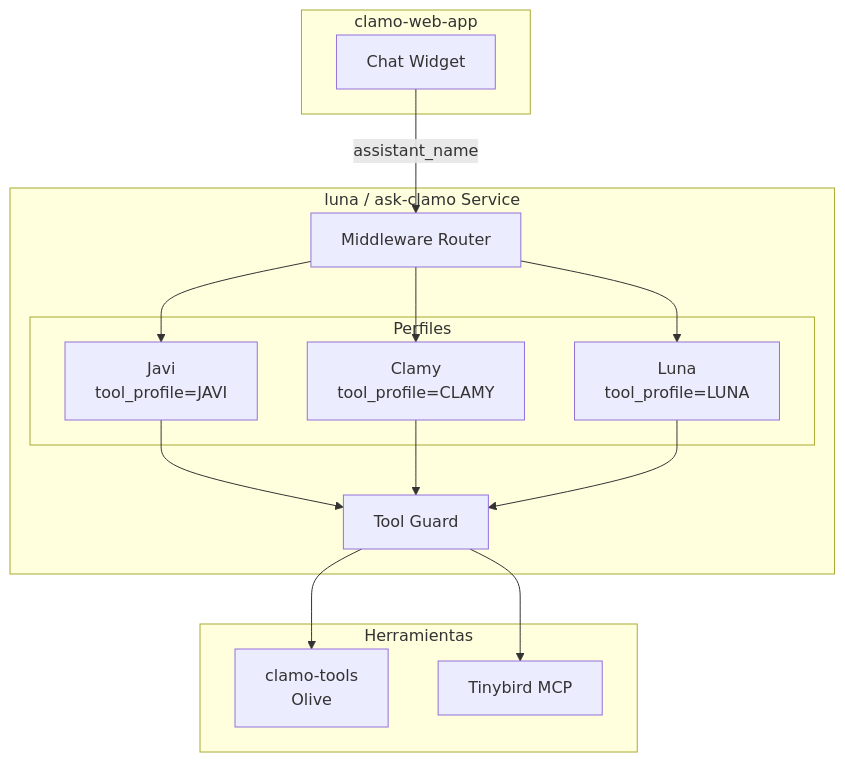
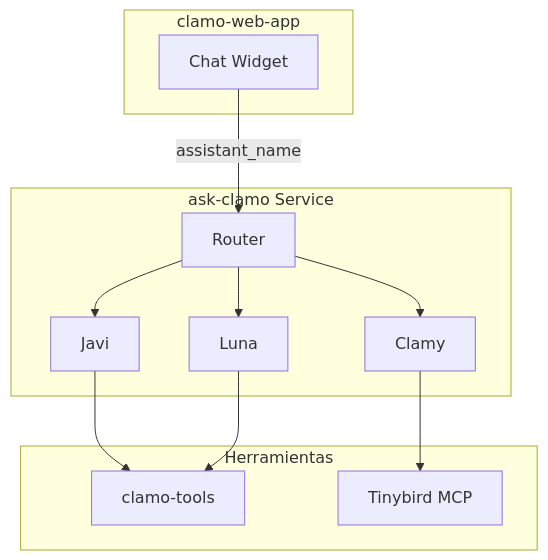
The diagram in es/servicios/ask-clamo.mdx (GetClamo/docs), drawn with Mermaid before and after one commit. The commit also changed other lines of this file and 93 other files, not shown here.

````diff
--- a/es/servicios/ask-clamo.mdx
+++ b/es/servicios/ask-clamo.mdx
@@ -27,31 +21,26 @@
 ```mermaid
 flowchart TB
     subgraph WebApp [clamo-web-app]
         Chat[Chat Widget]
     end
-    
-    subgraph Luna [luna / ask-clamo Service]
-        Router[Middleware Router]
-        subgraph Profiles [Perfiles]
-            Javi[Javi<br/>tool_profile=JAVI]
-            Clamy[Clamy<br/>tool_profile=CLAMY]
-            LunaP[Luna<br/>tool_profile=LUNA]
-        end
-        ToolGuard[Tool Guard]
+
+    subgraph Luna [ask-clamo Service]
+        Router[Router]
+        Javi[Javi]
+        Clamy[Clamy]
+        LunaP[Luna]
     end
-    
+
     subgraph Tools [Herramientas]
-        ClamoTools[clamo-tools<br/>Olive]
+        ClamoTools[clamo-tools]
         MCP[Tinybird MCP]
     end
-    
+
     Chat -->|assistant_name| Router
     Router --> Javi
     Router --> Clamy
     Router --> LunaP
-    Javi --> ToolGuard
-    Clamy --> ToolGuard
-    LunaP --> ToolGuard
-    ToolGuard --> ClamoTools
-    ToolGuard --> MCP
+    Javi --> ClamoTools
+    Clamy --> MCP
+    LunaP --> ClamoTools
 ```
````
